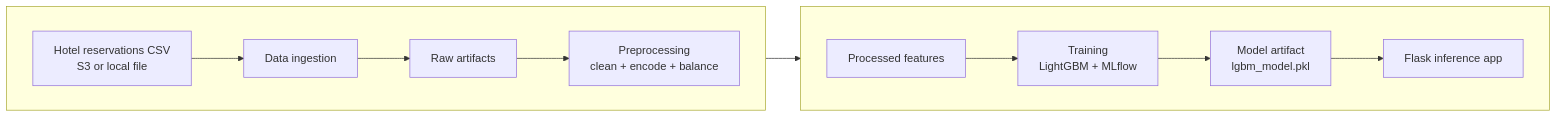
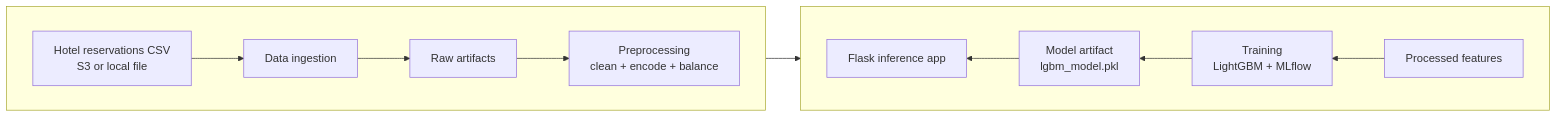
Before and after one commit to Ch3rry-Pi3-AI/MLOps-Hotel-Reservation-Prediction: the first of 2 diagrams in README.md, drawn with Mermaid.

Commit message:
Refactor MLOps flow diagram in README
Updated the MLOps flow diagram for clarity and consistency.

````diff
--- a/README.md
+++ b/README.md
@@ -18,18 +18,23 @@
 ```mermaid
 flowchart LR
+  %% Row 1
   subgraph Row1[ ]
     direction LR
-    A[Hotel reservations CSV\nS3 or local file] --> B[Data ingestion]
-    B --> C[Raw artifacts]
-    C --> D[Preprocessing\nclean + encode + balance]
+    A[Hotel reservations CSV\nS3 or local file]
+      --> B[Data ingestion]
+      --> C[Raw artifacts]
+      --> D[Preprocessing\nclean + encode + balance]
   end
 
+  %% Row 2 (snakes back)
   subgraph Row2[ ]
-    direction LR
-    E[Processed features] --> F[Training\nLightGBM + MLflow]
-    F --> G[Model artifact\nlgbm_model.pkl]
-    G --> H[Flask inference app]
+    direction RL
+    E[Processed features]
+      --> F[Training\nLightGBM + MLflow]
+      --> G[Model artifact\nlgbm_model.pkl]
+      --> H[Flask inference app]
   end
 
+  %% Row connection
   D --> E
 ```
````
